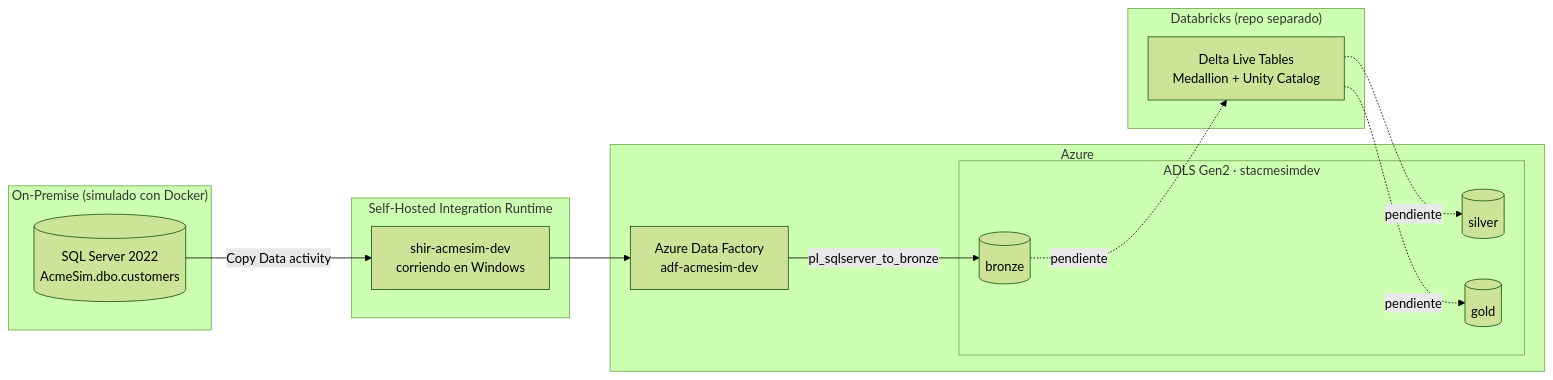
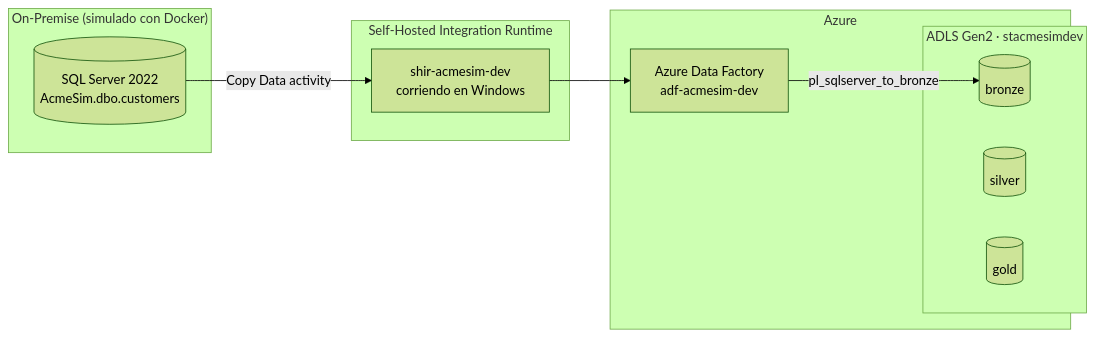
One commit to williamayastaa/acme-onprem-azure-migration changed the diagram in README.md. Above: the diagram before and after it, drawn with Mermaid (forest theme). The commit also changed other lines of this file, not shown here.

First line of the commit message:
Simplificar README: quitar contexto de entrevista y roadmap

````diff
--- a/README.md
+++ b/README.md
@@ -7,30 +7,23 @@
 ```mermaid
 flowchart LR
     subgraph OnPrem["On-Premise (simulado con Docker)"]
         SQL[(SQL Server 2022<br/>AcmeSim.dbo.customers)]
     end
 
     subgraph SHIR["Self-Hosted Integration Runtime"]
         IR[shir-acmesim-dev<br/>corriendo en Windows]
     end
 
     subgraph Azure["Azure"]
         ADF[Azure Data Factory<br/>adf-acmesim-dev]
         subgraph ADLS["ADLS Gen2 · stacmesimdev"]
             Bronze[(bronze)]
             Silver[(silver)]
             Gold[(gold)]
         end
     end
 
-    subgraph Databricks["Databricks (repo separado)"]
-        DLT[Delta Live Tables<br/>Medallion + Unity Catalog]
-    end
-
     SQL -->|Copy Data activity| IR
     IR --> ADF
     ADF -->|pl_sqlserver_to_bronze| Bronze
-    Bronze -.pendiente.-> DLT
-    DLT -.pendiente.-> Silver
-    DLT -.pendiente.-> Gold
 ```
````
